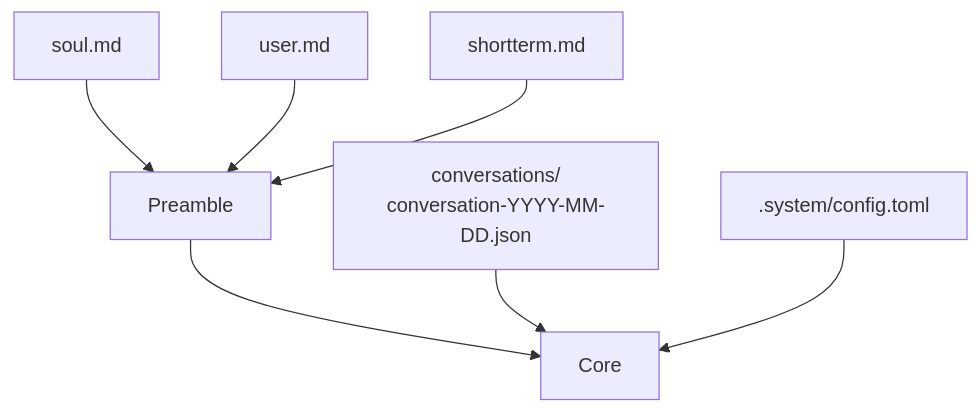
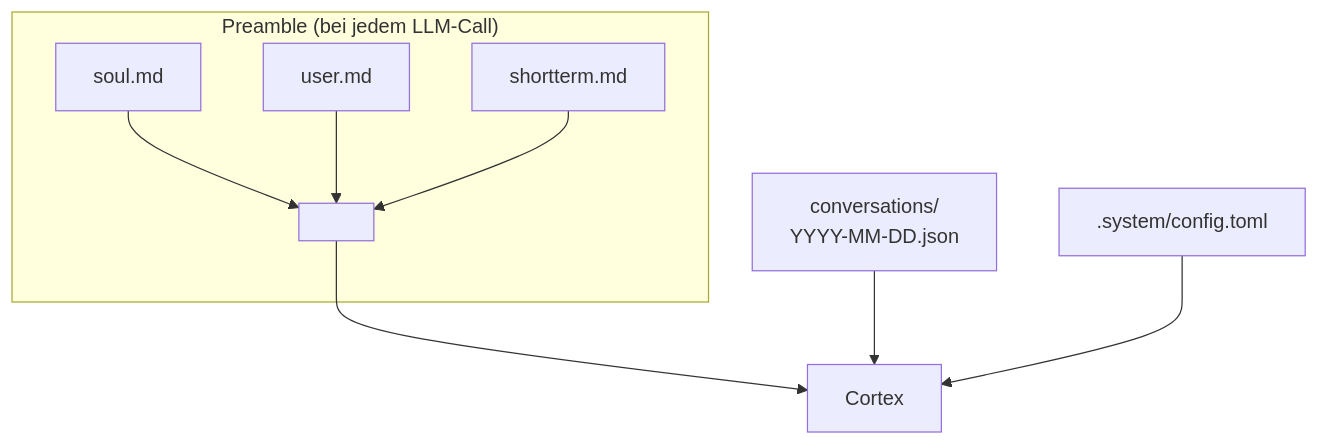
Before and after one commit to Superheld/aiux: the fifth of 6 diagrams in docs/ARCHITECTURE.md, drawn with Mermaid. The commit also changed other lines of this file, not shown here.

First line of the commit message:
docs: ARCHITECTURE gestrafft (585 → 258 Zeilen), mehr Mermaid

````diff
--- a/docs/ARCHITECTURE.md
+++ b/docs/ARCHITECTURE.md
@@ -177,9 +139,11 @@
 ```mermaid
 flowchart TD
-  A[soul.md] --> P[Preamble]
-  B[user.md] --> P
-  C[shortterm.md] --> P
-  P --> Core
-  H["conversations/\nconversation-YYYY-MM-DD.json"] --> Core
-  Config[".system/config.toml"] --> Core
+  subgraph Preamble["Preamble (bei jedem LLM-Call)"]
+    soul.md --> P[" "]
+    user.md --> P
+    shortterm.md --> P
+  end
+  P --> Cortex
+  Conv["conversations/\nYYYY-MM-DD.json"] --> Cortex
+  Config[".system/config.toml"] --> Cortex
 ```
````
